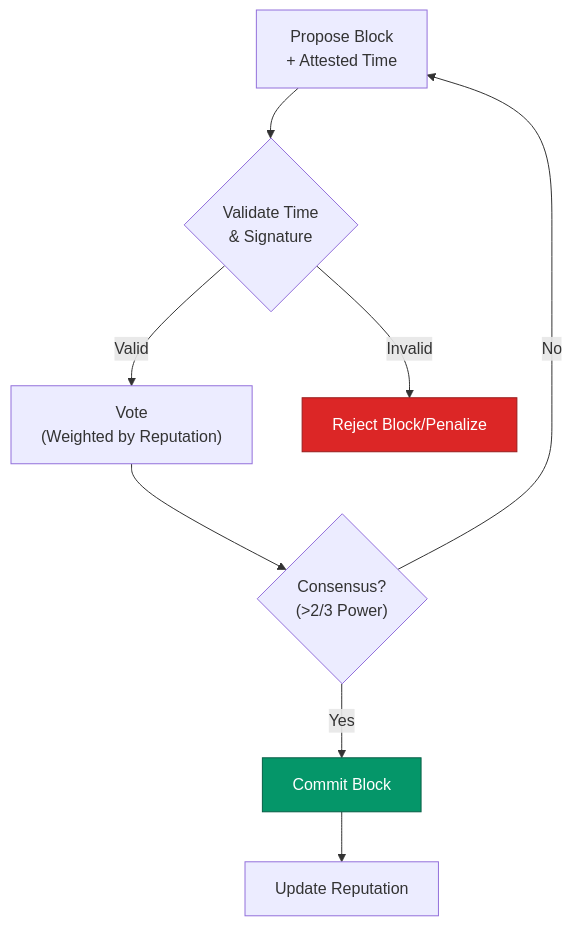
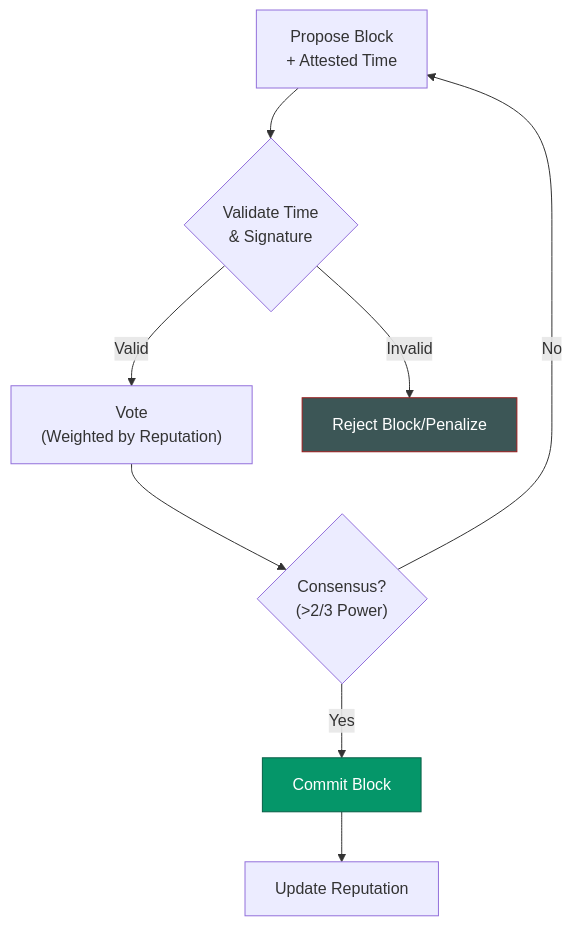
Before and after one commit to nshkrdotcom/nshkrdotcom.github.io: the fourth of 7 diagrams in content/chronoledger/_index.md, drawn with Mermaid. The commit also changed other lines of this file, not shown here.

```diff
--- a/content/chronoledger/_index.md
+++ b/content/chronoledger/_index.md
@@ -379,12 +379,12 @@
           <div class="mermaid">
               graph TD
                   A[Propose Block<br>+ Attested Time] --> B{Validate Time<br>& Signature};
                   B -- Valid --> C["Vote<br>(Weighted by Reputation)"];
                   C --> D{"Consensus?<br>(>2/3 Power)"};
                   D -- Yes --> E[Commit Block];
                   E --> F[Update Reputation];
                   B -- Invalid --> G[Reject Block/Penalize];
                   D -- No --> A;  
                   style E fill:#059669,stroke:#065f46,color:#fff
-                  style G fill:#DC2626,stroke:#991b1b,color:#fff
+                  style G fill:#3C5656,stroke:#991b1b,color:#fff
           </div>
```
